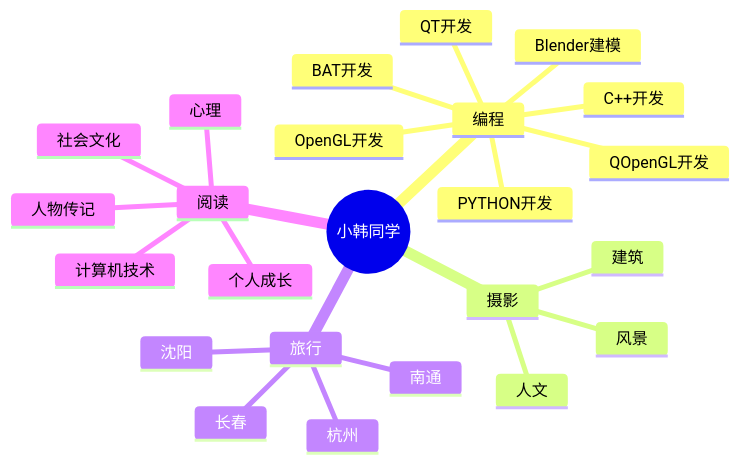
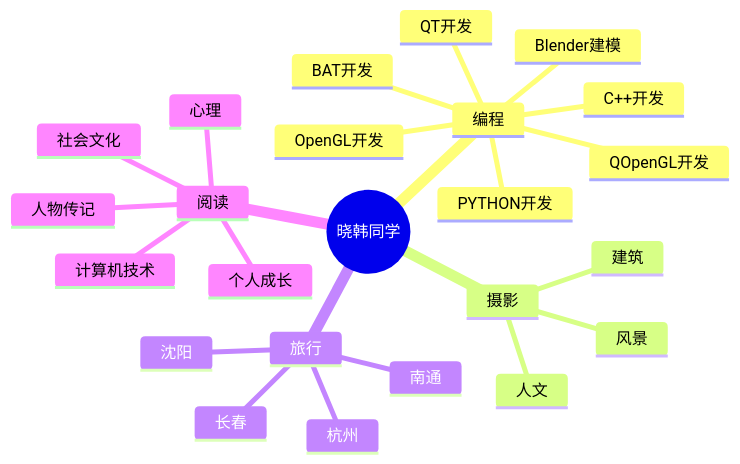
One commit to cuttingdust/cuttingdust changed the diagram in README.md. Above: the diagram before and after it, drawn with Mermaid. The commit also changed other lines of this file, not shown here.

````diff
--- a/README.md
+++ b/README.md
@@ -168,27 +168,27 @@
 ```mermaid
 mindmap
-  root((小韩同学))
+  root((晓韩同学))
     编程
       C++开发
       QT开发
       BAT开发
       PYTHON开发
       OpenGL开发
       QOpenGL开发
       Blender建模
     摄影
       人文
       建筑
       风景
     旅行
       南通
       沈阳
       长春
       杭州
     阅读
       人物传记
       个人成长
       社会文化
       心理
       计算机技术
 ```
````
